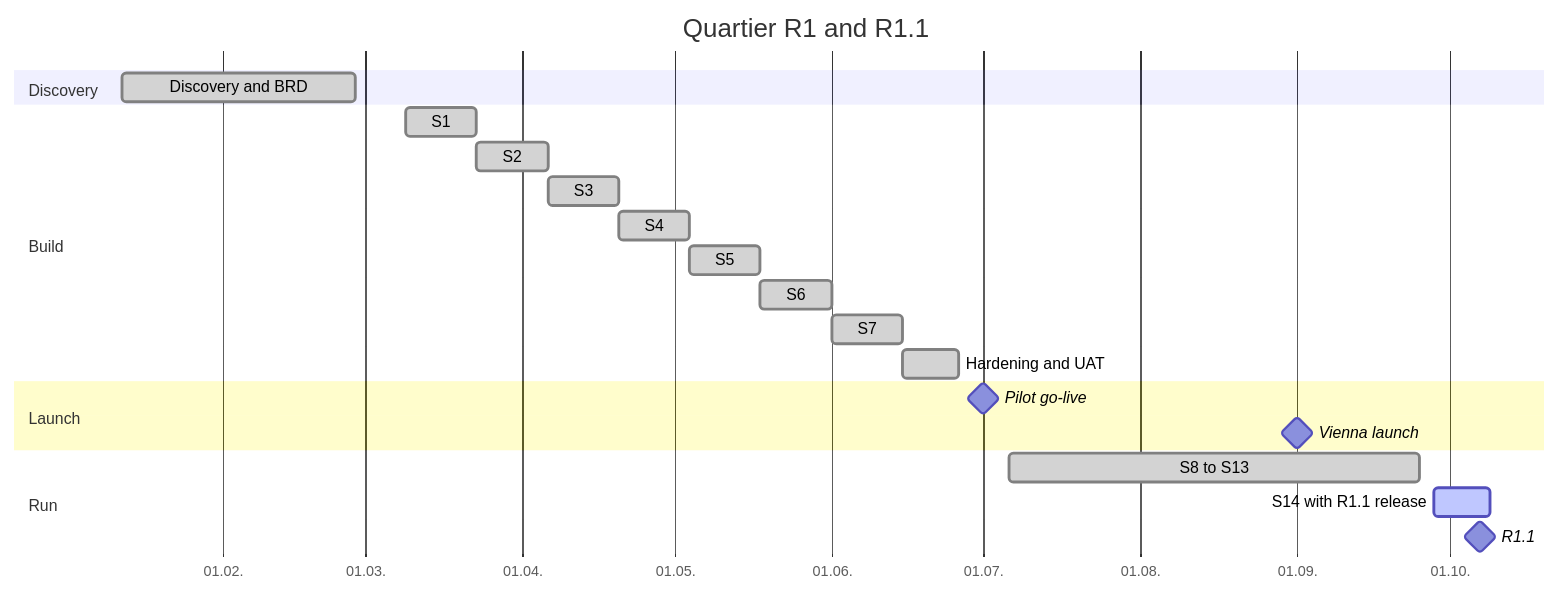
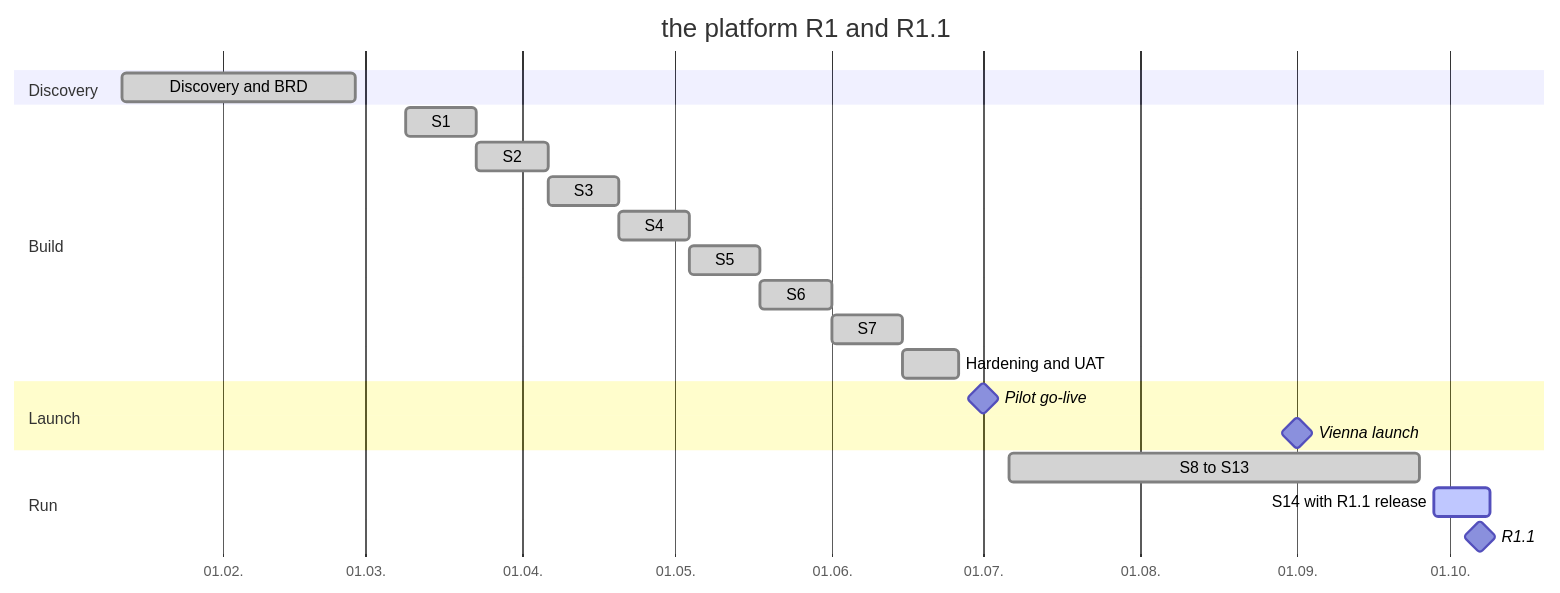
Before and after one commit to ayushsingh0456/local-commerce-booking-platform: the diagram in 05-delivery/release-and-sprint-plan.md, drawn with Mermaid. The commit also changed other lines of this file and 46 other files, not shown here.

````diff
--- a/05-delivery/release-and-sprint-plan.md
+++ b/05-delivery/release-and-sprint-plan.md
@@ -29,24 +29,24 @@
 ```mermaid
 gantt
-  title Quartier R1 and R1.1
+  title the platform R1 and R1.1
   dateFormat YYYY-MM-DD
   axisFormat %d.%m.
   section Discovery
   Discovery and BRD           :done, d1, 2026-01-12, 2026-02-27
   section Build
   S1                          :done, s1, 2026-03-09, 14d
   S2                          :done, s2, after s1, 14d
   S3                          :done, s3, after s2, 14d
   S4                          :done, s4, after s3, 14d
   S5                          :done, s5, after s4, 14d
   S6                          :done, s6, after s5, 14d
   S7                          :done, s7, after s6, 14d
   Hardening and UAT           :done, h1, 2026-06-15, 2026-06-26
   section Launch
   Pilot go-live               :milestone, m1, 2026-07-01, 0d
   Vienna launch               :milestone, m2, 2026-09-01, 0d
   section Run
   S8 to S13                   :done, r1, 2026-07-06, 2026-09-25
   S14 with R1.1 release       :active, r2, 2026-09-28, 2026-10-09
   R1.1                        :milestone, m3, 2026-10-07, 0d
 ```
````
